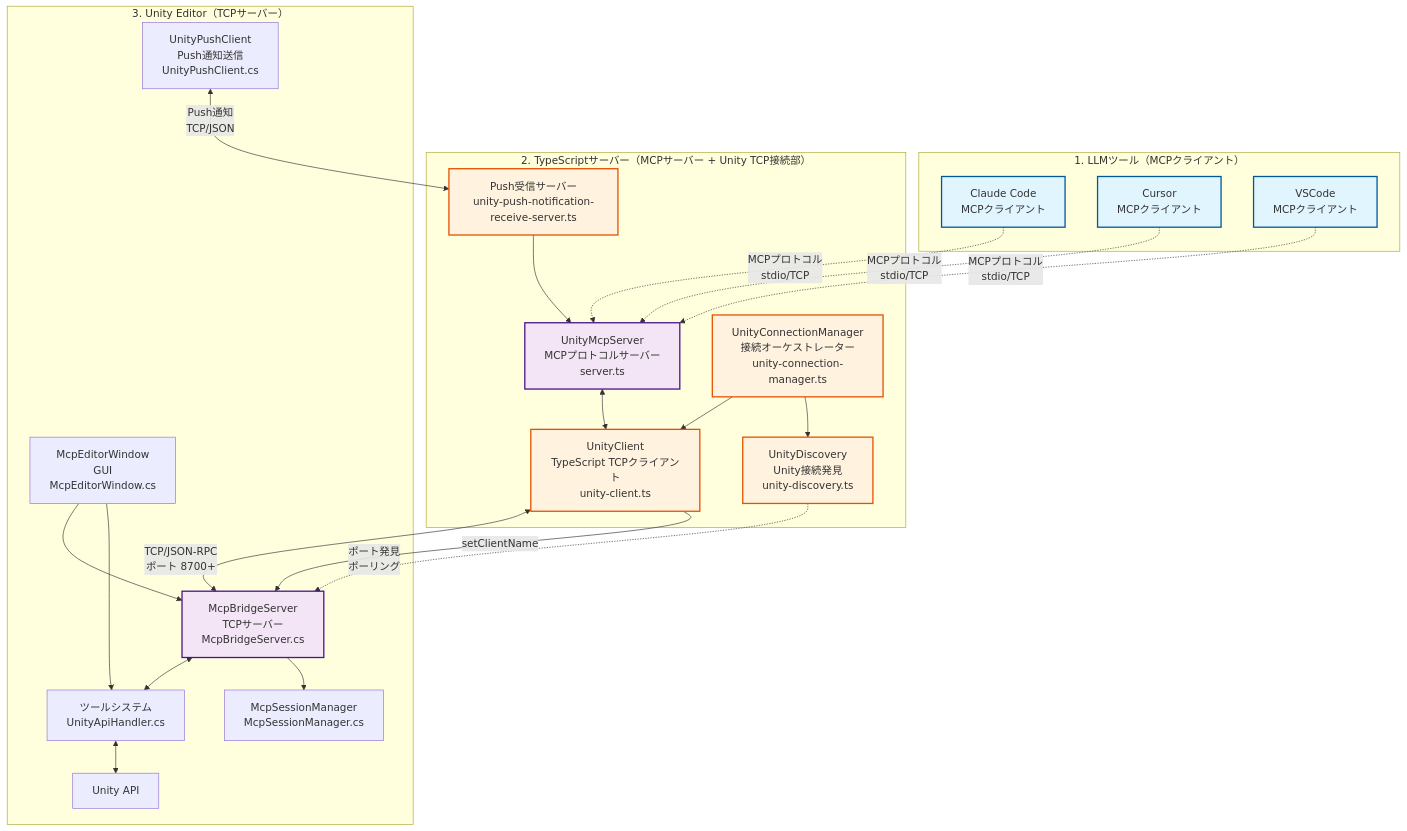
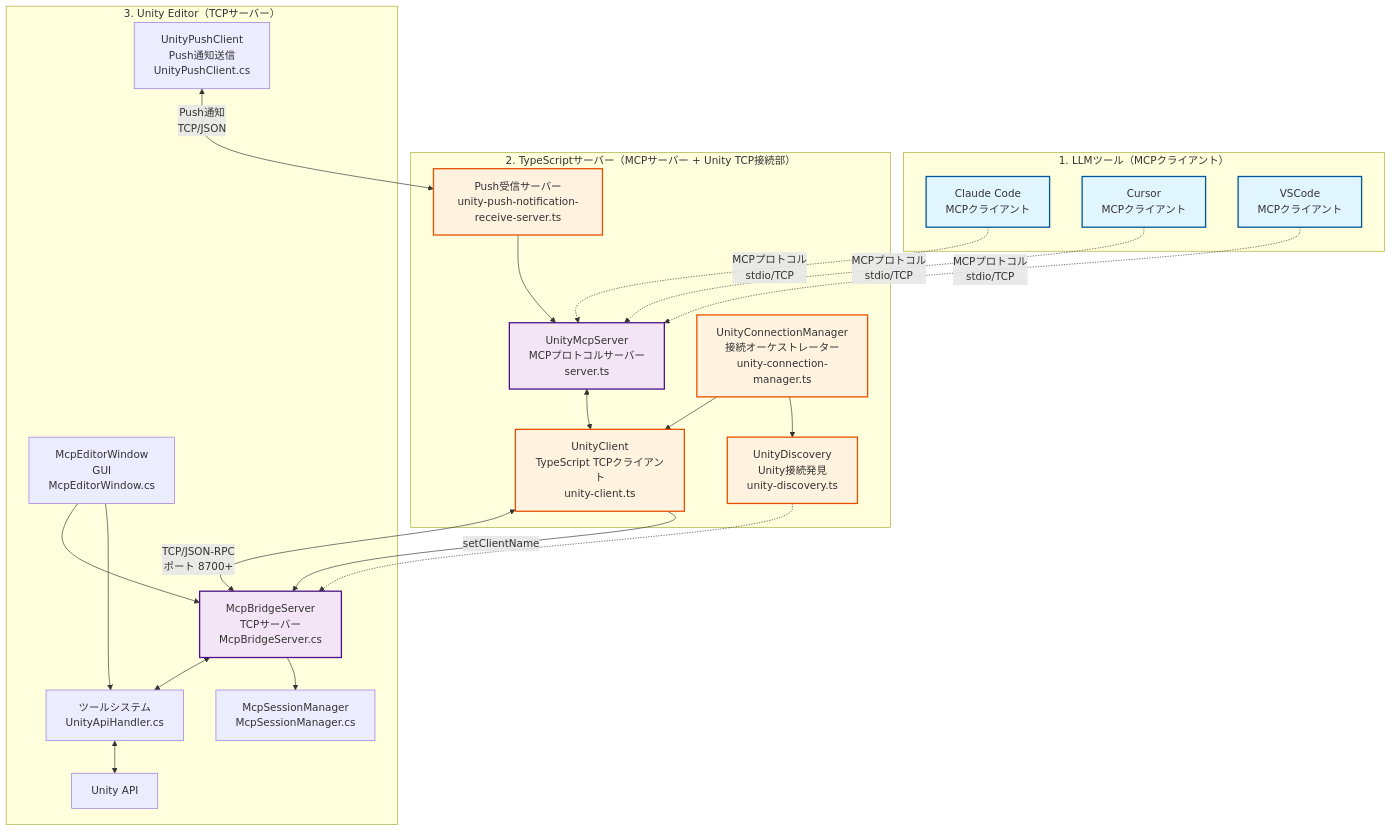
The diagram in docs/ARCHITECTURE_ja.md (hatayama/uLoopMCP), drawn with Mermaid before and after one commit. The commit also changed 9 other files, not shown here.

````diff
--- a/docs/ARCHITECTURE_ja.md
+++ b/docs/ARCHITECTURE_ja.md
@@ -12,52 +12,52 @@
 ```mermaid
 graph TB
     subgraph "1. LLMツール（MCPクライアント）"
         Claude[Claude Code<br/>MCPクライアント]
         Cursor[Cursor<br/>MCPクライアント]
         VSCode[VSCode<br/>MCPクライアント]
     end
     
     subgraph "2. TypeScriptサーバー（MCPサーバー + Unity TCP接続部）"
         MCP[UnityMcpServer<br/>MCPプロトコルサーバー<br/>server.ts]
         UC[UnityClient<br/>TypeScript TCPクライアント<br/>unity-client.ts]
         UCM[UnityConnectionManager<br/>接続オーケストレーター<br/>unity-connection-manager.ts]
         UD[UnityDiscovery<br/>Unity接続発見<br/>unity-discovery.ts]
         PRS[Push受信サーバー<br/>unity-push-notification-receive-server.ts]
     end
     
     subgraph "3. Unity Editor（TCPサーバー）"
         MB[McpBridgeServer<br/>TCPサーバー<br/>McpBridgeServer.cs]
         CMD[ツールシステム<br/>UnityApiHandler.cs]
         UI[McpEditorWindow<br/>GUI<br/>McpEditorWindow.cs]
         API[Unity API]
         SM[McpSessionManager<br/>McpSessionManager.cs]
         UPC[UnityPushClient<br/>Push通知送信<br/>UnityPushClient.cs]
     end
     
     Claude -.->|MCPプロトコル<br/>stdio/TCP| MCP
     Cursor -.->|MCPプロトコル<br/>stdio/TCP| MCP
     VSCode -.->|MCPプロトコル<br/>stdio/TCP| MCP
     
     MCP <--> UC
     UCM --> UC
     UCM --> UD
-    UD -.->|ポート発見<br/>ポーリング| MB
+    UD -.-> MB
     UC <-->|TCP/JSON-RPC<br/>ポート 8700+| MB
     UC -->|setClientName| MB
     MB <--> CMD
     CMD <--> API
     UI --> MB
     UI --> CMD
     MB --> SM
     
     UPC <-->|Push通知<br/>TCP/JSON| PRS
     PRS --> MCP
     
     classDef client fill:#e1f5fe,stroke:#01579b,stroke-width:2px
     classDef server fill:#f3e5f5,stroke:#4a148c,stroke-width:2px
     classDef bridge fill:#fff3e0,stroke:#e65100,stroke-width:2px
     
     class Claude,Cursor,VSCode client
     class MCP,MB server
     class UC,UD,UCM,PRS bridge
 ```
````
